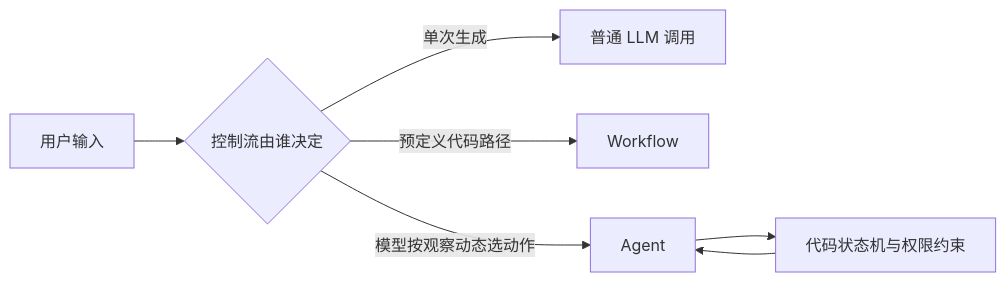
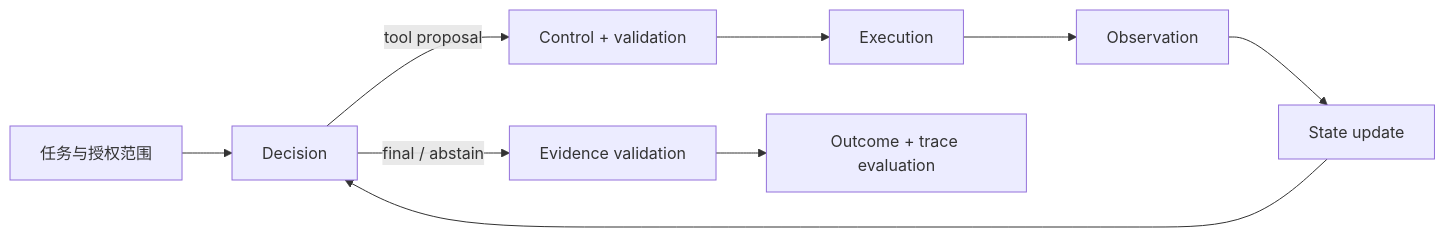
Before and after one commit to Jichao0101/Knowledge-Base: the first of 4 diagrams in 02_Projects/AI-Career-Transition/Agent开发系统学习文档.md, drawn with Mermaid. The commit also changed other lines of this file, not shown here.

Commit message:
rebuild agent docs

````diff
--- a/02_Projects/AI-Career-Transition/Agent开发系统学习文档.md
+++ b/02_Projects/AI-Career-Transition/Agent开发系统学习文档.md
@@ -99,9 +46,11 @@
 ```mermaid
 flowchart LR
-    U[用户输入] --> Q{控制流由谁决定}
-    Q -->|单次生成| L[普通 LLM 调用]
-    Q -->|预定义代码路径| W[Workflow]
-    Q -->|模型按观察动态选动作| A[Agent]
-    A --> G[代码状态机与权限约束]
-    G --> A
+    U[任务与授权范围] --> D[Decision]
+    D -->|tool proposal| C[Control + validation]
+    C --> E[Execution]
+    E --> O[Observation]
+    O --> S[State update]
+    S --> D
+    D -->|final / abstain| V[Evidence validation]
+    V --> R[Outcome + trace evaluation]
 ```
````
